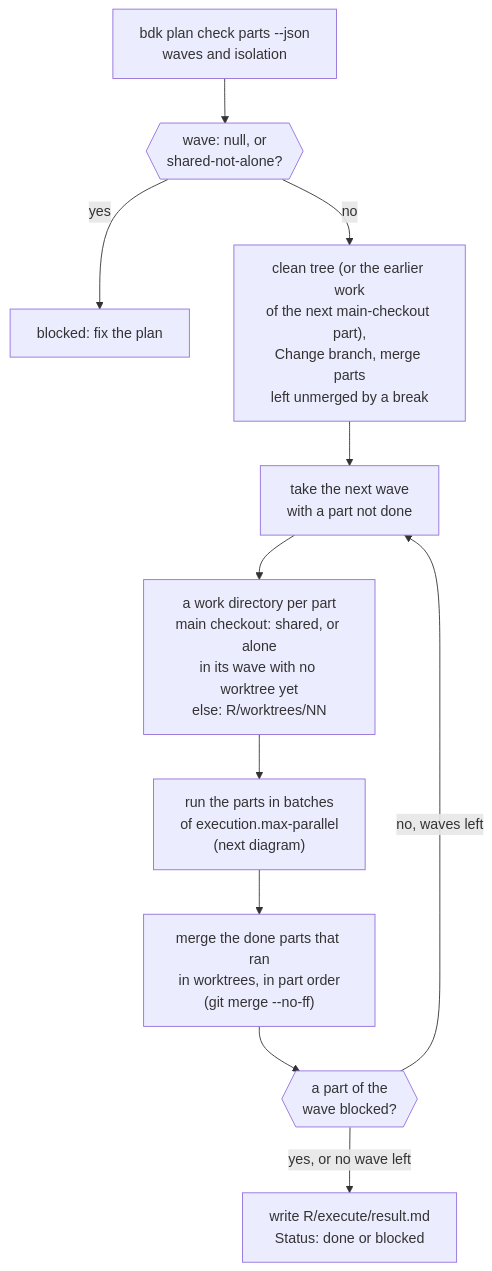
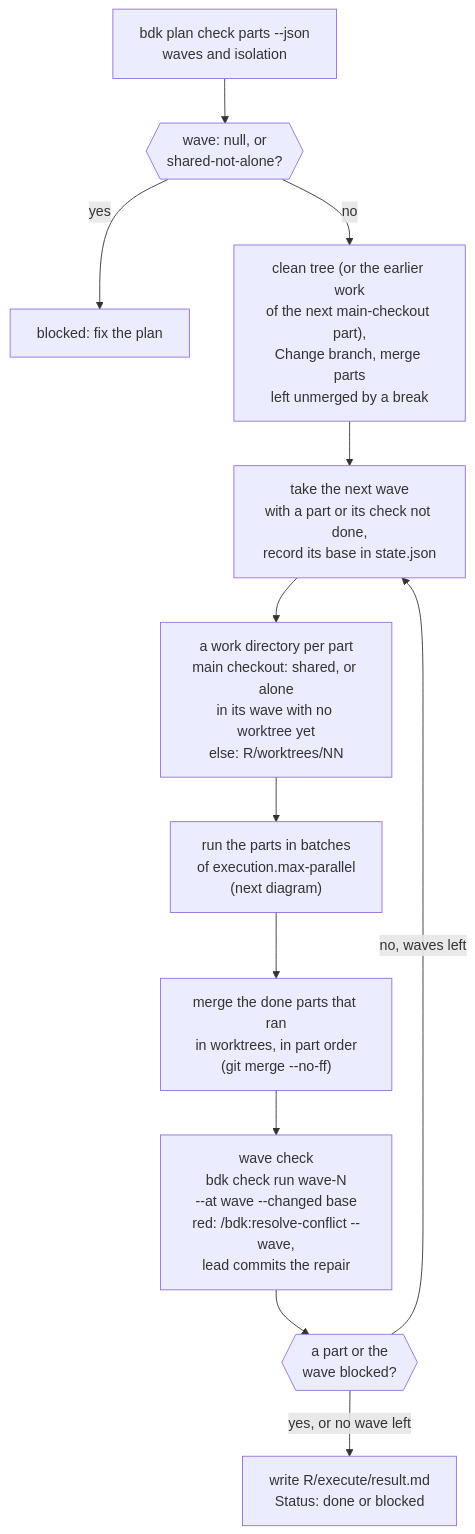
Before and after one commit to broneq/bdk: the sixth of 15 diagrams in docs/concepts/orchestrators.md, drawn with Mermaid. The commit also changed other lines of this file and 119 other files, not shown here.

First line of the commit message:
feat(bdk)!: run checks at part, wave and review points

````diff
--- a/docs/concepts/orchestrators.md
+++ b/docs/concepts/orchestrators.md
@@ -123,13 +123,14 @@
 ```mermaid
 flowchart TB
   W0["bdk plan check parts --json<br/>waves and isolation"] --> W1{{"wave: null, or<br/>shared-not-alone?"}}
   W1 -->|"yes"| BL0["blocked: fix the plan"]
   W1 -->|"no"| W2["clean tree (or the earlier work<br/>of the next main-checkout part),<br/>Change branch, merge parts<br/>left unmerged by a break"]
-  W2 --> W3["take the next wave<br/>with a part not done"]
+  W2 --> W3["take the next wave<br/>with a part or its check not done,<br/>record its base in state.json"]
   W3 --> W4["a work directory per part<br/>main checkout: shared, or alone<br/>in its wave with no worktree yet<br/>else: R/worktrees/NN"]
   W4 --> W5["run the parts in batches<br/>of execution.max-parallel<br/>(next diagram)"]
   W5 --> W6["merge the done parts that ran<br/>in worktrees, in part order<br/>(git merge --no-ff)"]
-  W6 --> NW{{"a part of the<br/>wave blocked?"}}
+  W6 --> WC["wave check<br/>bdk check run wave-N<br/>--at wave --changed base<br/>red: /bdk:resolve-conflict --wave,<br/>lead commits the repair"]
+  WC --> NW{{"a part or the<br/>wave blocked?"}}
   NW -->|"no, waves left"| W3
   NW -->|"yes, or no wave left"| RES["write R/execute/result.md<br/>Status: done or blocked"]
 ```
````
